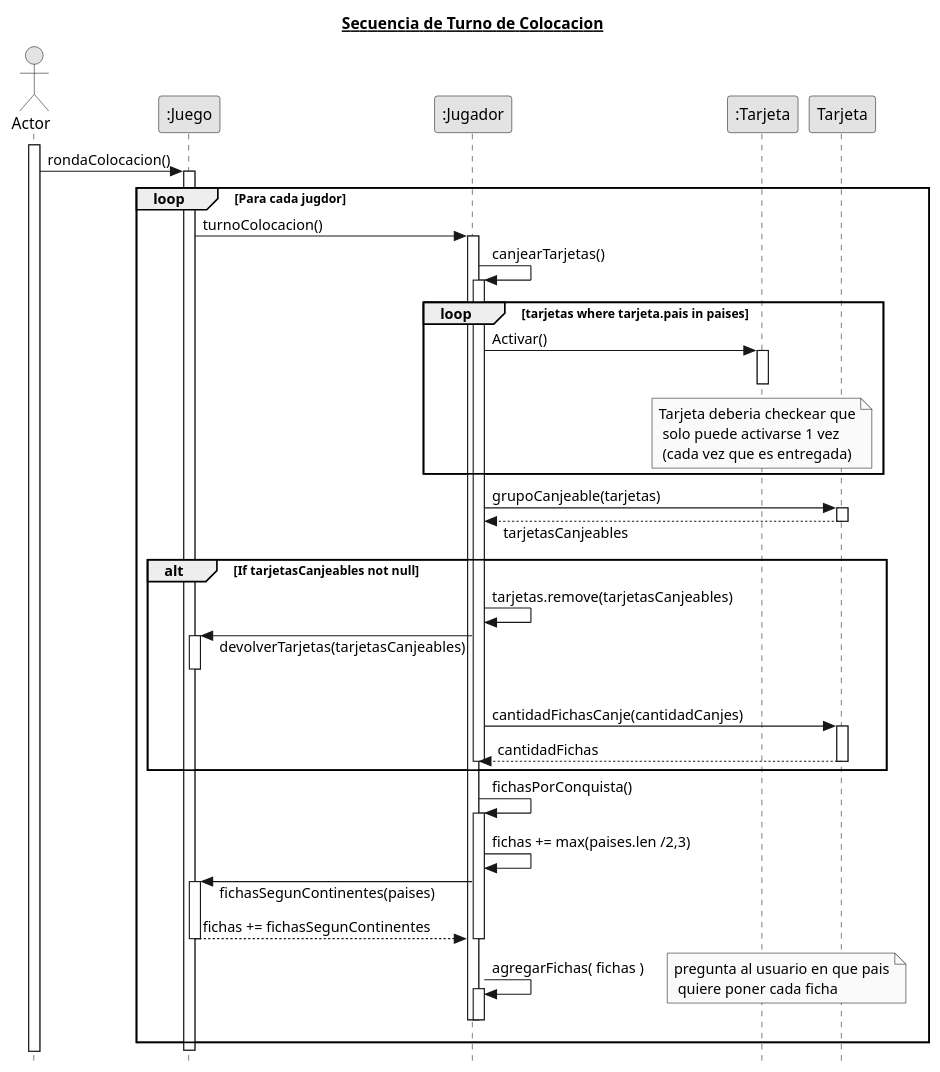
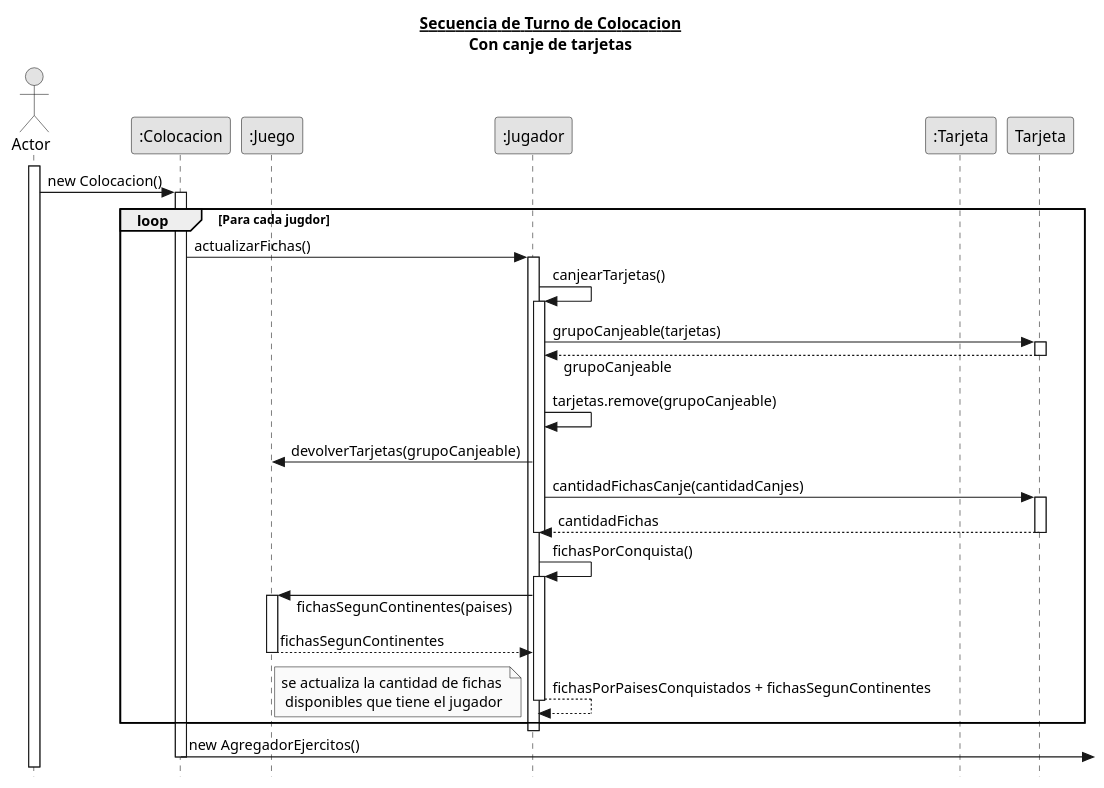
Before and after one commit to Gabrielsem/A.L.T.E.G.O.: the diagram in UML/secuencia/turnoColocacion.plantuml, drawn with PlantUML.

Commit message:
UML diagrama turno colocacion con canje

```diff
--- a/UML/secuencia/turnoColocacion.plantuml
+++ b/UML/secuencia/turnoColocacion.plantuml
@@ -1,51 +1,47 @@
 @startuml
-title **__Secuencia de Turno de Colocacion__**
+title
+**__Secuencia de Turno de Colocacion__**
+Con canje de tarjetas
+endtitle
 skinparam responseMessageBelowArrow true
 skinparam monochrome true
 skinparam style strictuml
 hide footbox
 
 actor Actor
-participant jueg as ":Juego"
+participant colocacion as ":Colocacion"
+participant juego as ":Juego"
 participant jug as ":Jugador"
 participant trj as ":Tarjeta"
 participant Tarjeta
 
 Actor ++
-Actor -> jueg ++: rondaColocacion()
+Actor -> colocacion ++: new Colocacion()
 loop Para cada jugdor
-    jueg -> jug ++: turnoColocacion()
+    colocacion -> jug ++: actualizarFichas()
     jug ->jug ++: canjearTarjetas()
-    loop tarjetas where tarjeta.pais in paises
-
-        jug -> trj ++ : Activar()
-        note over trj: Tarjeta deberia checkear que\n solo puede activarse 1 vez \n (cada vez que es entregada)
-        trj --
-    end loop
 
         jug -> Tarjeta ++: grupoCanjeable(tarjetas)
-        jug <-- Tarjeta --: tarjetasCanjeables
-        alt If tarjetasCanjeables not null
-        jug -> jug : tarjetas.remove(tarjetasCanjeables)
-        jueg <- jug ++: devolverTarjetas(tarjetasCanjeables)
-        jueg --
+        jug <-- Tarjeta --: grupoCanjeable
+        jug -> jug : tarjetas.remove(grupoCanjeable)
+        jug -> juego : devolverTarjetas(grupoCanjeable)
         jug -> Tarjeta ++: cantidadFichasCanje(cantidadCanjes)
         return cantidadFichas
         jug --
-        end alt
 
 
         jug -> jug ++: fichasPorConquista()
-        jug -> jug : fichas += max(paises.len /2,3)
-        jueg <- jug ++: fichasSegunContinentes(paises)
-        jueg --> jug --: fichas += fichasSegunContinentes
-        jug --
+        juego <- jug ++: fichasSegunContinentes(paises)
+        juego --> jug : fichasSegunContinentes
+        juego --
+        jug --> jug --: fichasPorPaisesConquistados + fichasSegunContinentes
 
-    jug -> jug ++: agregarFichas( fichas )
-    jug --
-    note right: pregunta al usuario en que pais\n quiere poner cada ficha
+    note left: se actualiza la cantidad de fichas \n disponibles que tiene el jugador
+end loop
 
-    jug --
-end loop
-jueg --
+jug--
+
+colocacion -> : new AgregadorEjercitos()
+
+colocacion --
 @enduml
```
